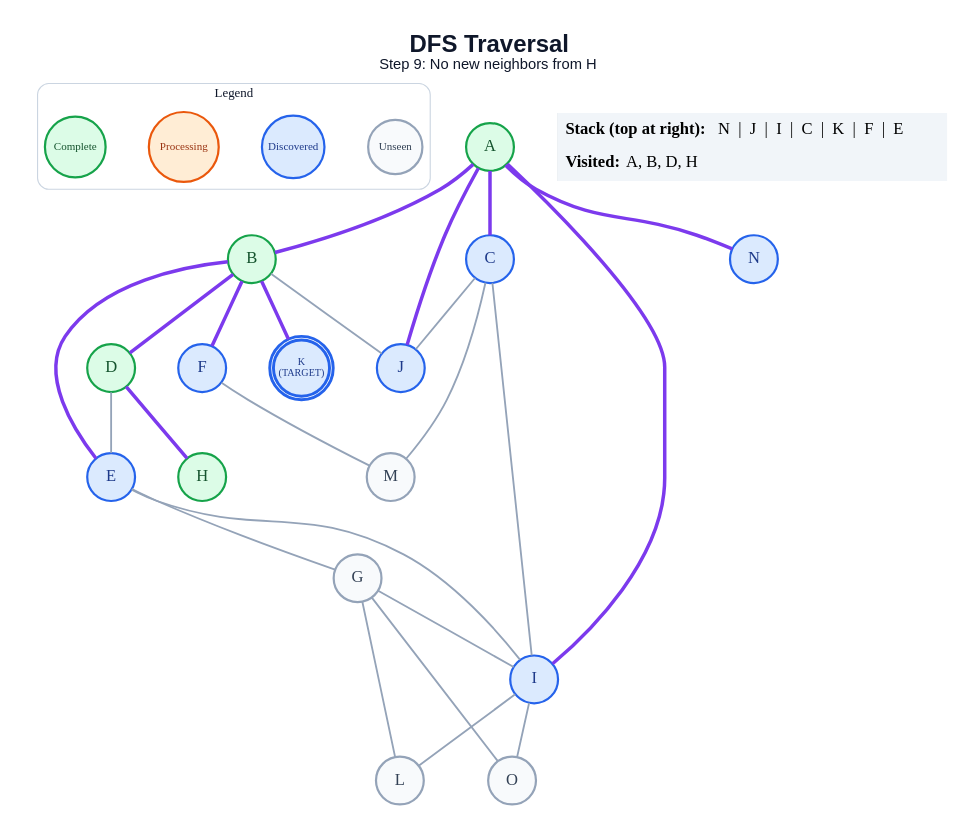
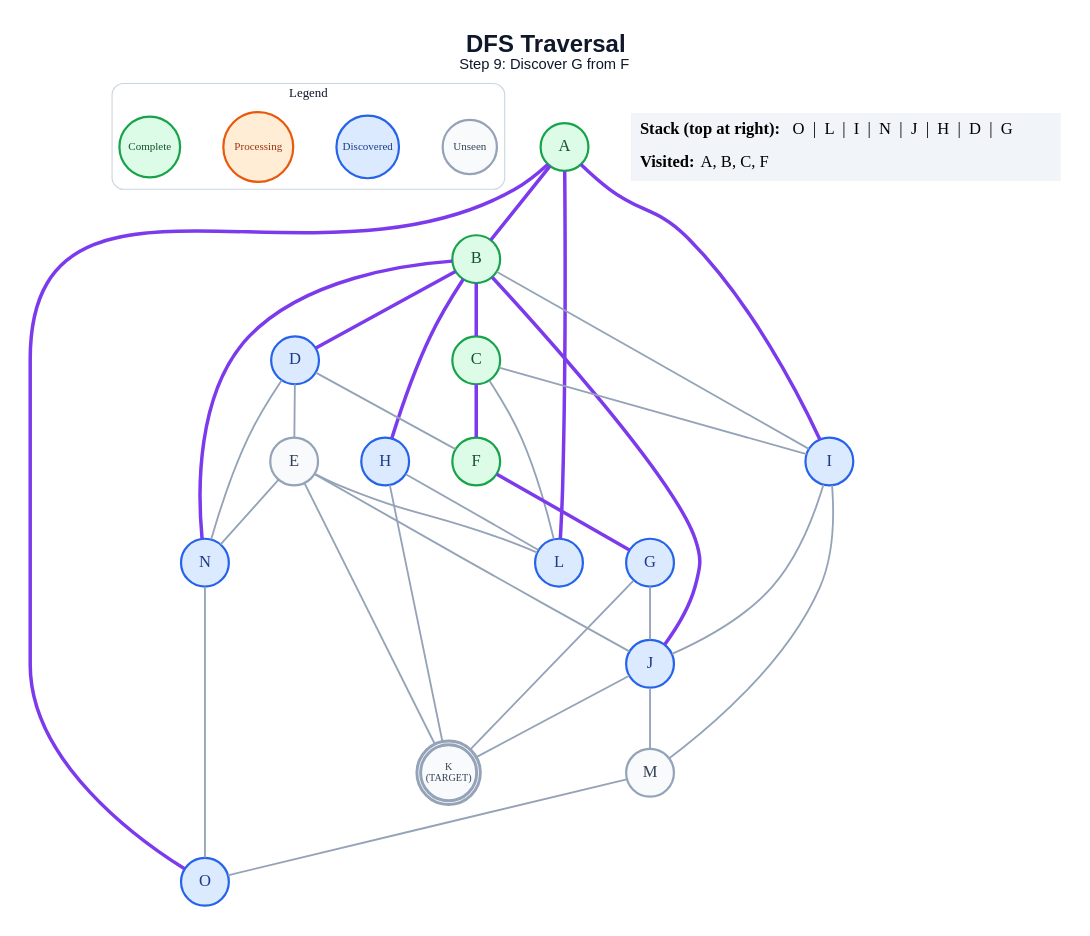
The diagram in generated/specific-node/dfs/step_09.dot (anon7238593-create/ai-slop), drawn with Graphviz before and after one commit. The commit also changed 277 other files, not shown here.

```diff
--- a/generated/specific-node/dfs/step_09.dot
+++ b/generated/specific-node/dfs/step_09.dot
@@ -1,57 +1,65 @@
 graph traversal {
   graph [layout=dot, rankdir=TB, bgcolor="#FFFFFF", pad="0.35", nodesep="0.65", ranksep="0.8", fontname="Arial"];
   node [shape=circle, style="filled", fontname="Arial Bold", fontsize=18, width=0.72, fixedsize=true, penwidth=2.4];
   edge [color="#94A3B8", penwidth=2.0];
-  label=<<B>DFS Traversal</B><BR/><FONT POINT-SIZE="16">Step 9: No new neighbors from H</FONT>>; labelloc="t"; fontsize=26; fontname="Arial"; fontcolor="#0F172A";
+  label=<<B>DFS Traversal</B><BR/><FONT POINT-SIZE="16">Step 9: Discover G from F</FONT>>; labelloc="t"; fontsize=26; fontname="Arial"; fontcolor="#0F172A";
   subgraph cluster_legend { label="Legend"; color="#CBD5E1"; penwidth=1.2; style="rounded"; fontsize=14; fontname="Arial Bold";
     key_unseen [label="Unseen", fillcolor="#F8FAFC", color="#94A3B8", fontcolor="#334155", fontsize=12, width=0.82];
     key_frontier [label="Discovered", fillcolor="#DBEAFE", color="#2563EB", fontcolor="#1E3A8A", fontsize=12, width=0.95];
     key_current [label="Processing", fillcolor="#FFEDD5", color="#EA580C", fontcolor="#9A3412", fontsize=12, width=1.05];
     key_done [label="Complete", fillcolor="#DCFCE7", color="#16A34A", fontcolor="#14532D", fontsize=12, width=0.92];
     { rank=same; key_unseen; key_frontier; key_current; key_done; }
   }
   A [label="A", fillcolor="#DCFCE7", color="#16A34A", fontcolor="#14532D", peripheries=1, penwidth=2.4];
   B [label="B", fillcolor="#DCFCE7", color="#16A34A", fontcolor="#14532D", peripheries=1, penwidth=2.4];
-  C [label="C", fillcolor="#DBEAFE", color="#2563EB", fontcolor="#1E3A8A", peripheries=1, penwidth=2.4];
-  D [label="D", fillcolor="#DCFCE7", color="#16A34A", fontcolor="#14532D", peripheries=1, penwidth=2.4];
-  E [label="E", fillcolor="#DBEAFE", color="#2563EB", fontcolor="#1E3A8A", peripheries=1, penwidth=2.4];
-  F [label="F", fillcolor="#DBEAFE", color="#2563EB", fontcolor="#1E3A8A", peripheries=1, penwidth=2.4];
-  G [label="G", fillcolor="#F8FAFC", color="#94A3B8", fontcolor="#334155", peripheries=1, penwidth=2.4];
-  H [label="H", fillcolor="#DCFCE7", color="#16A34A", fontcolor="#14532D", peripheries=1, penwidth=2.4];
+  C [label="C", fillcolor="#DCFCE7", color="#16A34A", fontcolor="#14532D", peripheries=1, penwidth=2.4];
+  D [label="D", fillcolor="#DBEAFE", color="#2563EB", fontcolor="#1E3A8A", peripheries=1, penwidth=2.4];
+  E [label="E", fillcolor="#F8FAFC", color="#94A3B8", fontcolor="#334155", peripheries=1, penwidth=2.4];
+  F [label="F", fillcolor="#DCFCE7", color="#16A34A", fontcolor="#14532D", peripheries=1, penwidth=2.4];
+  G [label="G", fillcolor="#DBEAFE", color="#2563EB", fontcolor="#1E3A8A", peripheries=1, penwidth=2.4];
+  H [label="H", fillcolor="#DBEAFE", color="#2563EB", fontcolor="#1E3A8A", peripheries=1, penwidth=2.4];
   I [label="I", fillcolor="#DBEAFE", color="#2563EB", fontcolor="#1E3A8A", peripheries=1, penwidth=2.4];
   J [label="J", fillcolor="#DBEAFE", color="#2563EB", fontcolor="#1E3A8A", peripheries=1, penwidth=2.4];
-  K [label="K\n(TARGET)", fillcolor="#DBEAFE", color="#2563EB", fontcolor="#1E3A8A", peripheries=2, penwidth=3.2, fontsize=11, width=0.85, height=0.85];
-  L [label="L", fillcolor="#F8FAFC", color="#94A3B8", fontcolor="#334155", peripheries=1, penwidth=2.4];
+  K [label="K\n(TARGET)", fillcolor="#F8FAFC", color="#94A3B8", fontcolor="#334155", peripheries=2, penwidth=3.2, fontsize=11, width=0.85, height=0.85];
+  L [label="L", fillcolor="#DBEAFE", color="#2563EB", fontcolor="#1E3A8A", peripheries=1, penwidth=2.4];
   M [label="M", fillcolor="#F8FAFC", color="#94A3B8", fontcolor="#334155", peripheries=1, penwidth=2.4];
   N [label="N", fillcolor="#DBEAFE", color="#2563EB", fontcolor="#1E3A8A", peripheries=1, penwidth=2.4];
-  O [label="O", fillcolor="#F8FAFC", color="#94A3B8", fontcolor="#334155", peripheries=1, penwidth=2.4];
+  O [label="O", fillcolor="#DBEAFE", color="#2563EB", fontcolor="#1E3A8A", peripheries=1, penwidth=2.4];
   A -- B [color="#7C3AED", penwidth=3.8];
-  A -- C [color="#7C3AED", penwidth=3.8];
   A -- I [color="#7C3AED", penwidth=3.8];
-  A -- J [color="#7C3AED", penwidth=3.8];
-  A -- N [color="#7C3AED", penwidth=3.8];
+  A -- L [color="#7C3AED", penwidth=3.8];
+  A -- O [color="#7C3AED", penwidth=3.8];
+  B -- C [color="#7C3AED", penwidth=3.8];
   B -- D [color="#7C3AED", penwidth=3.8];
-  B -- E [color="#7C3AED", penwidth=3.8];
-  B -- F [color="#7C3AED", penwidth=3.8];
-  B -- J;
-  B -- K [color="#7C3AED", penwidth=3.8];
+  B -- H [color="#7C3AED", penwidth=3.8];
+  B -- I;
+  B -- J [color="#7C3AED", penwidth=3.8];
+  B -- N [color="#7C3AED", penwidth=3.8];
+  C -- F [color="#7C3AED", penwidth=3.8];
   C -- I;
-  C -- J;
-  C -- M;
+  C -- L;
   D -- E;
-  D -- H [color="#7C3AED", penwidth=3.8];
-  E -- G;
-  E -- I;
-  F -- M;
-  G -- I;
-  G -- L;
-  G -- O;
-  I -- L;
-  I -- O;
+  D -- F;
+  D -- N;
+  E -- J;
+  E -- K;
+  E -- L;
+  E -- N;
+  F -- G [color="#7C3AED", penwidth=3.8];
+  G -- J;
+  G -- K;
+  H -- K;
+  H -- L;
+  I -- J;
+  I -- M;
+  J -- K;
+  J -- M;
+  M -- O;
+  N -- O;
   status [shape=plain, fixedsize=false, width=0, height=0, margin=0, label=<
     <TABLE BORDER="0" CELLBORDER="0" CELLPADDING="7" BGCOLOR="#F1F5F9">
-      <TR><TD ALIGN="LEFT"><B>Stack (top at right):</B> N  |  J  |  I  |  C  |  K  |  F  |  E</TD></TR>
-      <TR><TD ALIGN="LEFT"><B>Visited:</B> A, B, D, H</TD></TR>
+      <TR><TD ALIGN="LEFT"><B>Stack (top at right):</B> O  |  L  |  I  |  N  |  J  |  H  |  D  |  G</TD></TR>
+      <TR><TD ALIGN="LEFT"><B>Visited:</B> A, B, C, F</TD></TR>
     </TABLE>
   >];
 }
```
